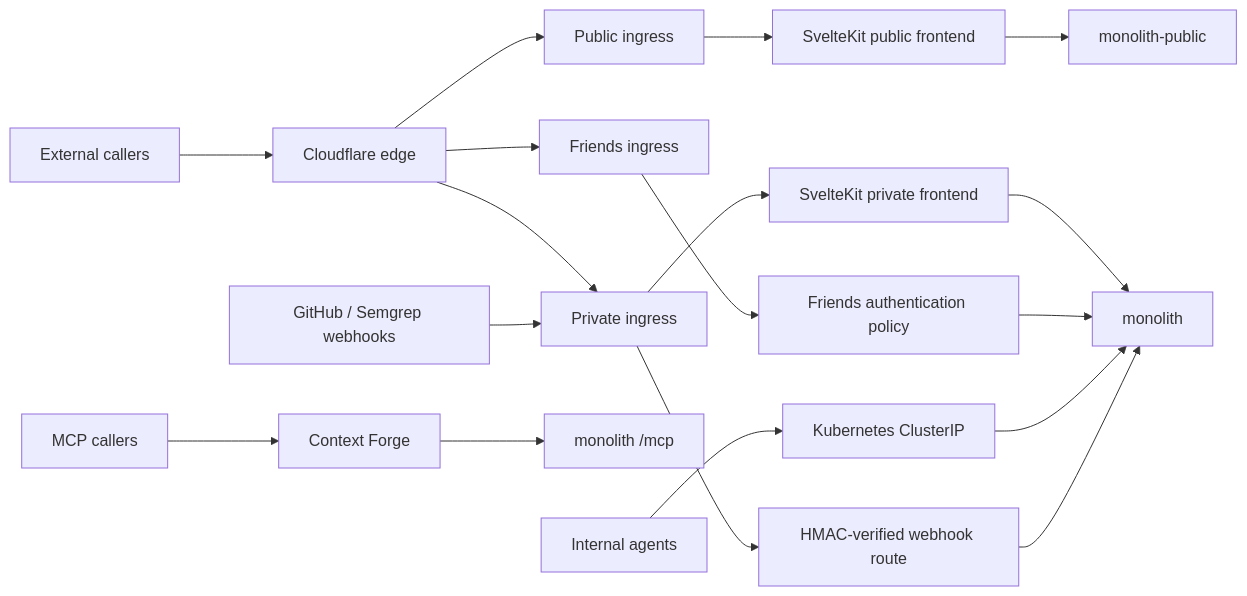
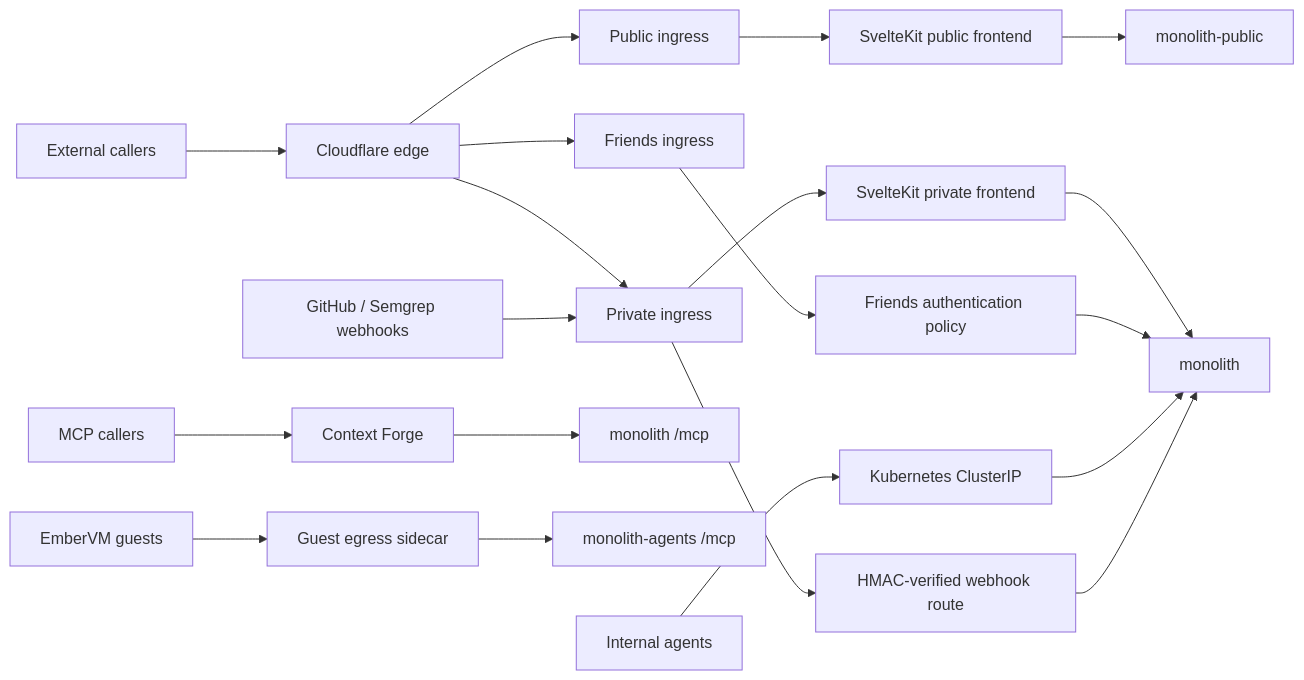
Before and after one commit to jomcgi-org/homelab: the diagram in projects/monolith/ARCHITECTURE.md, drawn with Mermaid. The commit also changed other lines of this file and 79 other files, not shown here.

First line of the commit message:
docs(monolith): roll ADRs up into ARCHITECTURE.md

````diff
--- a/projects/monolith/ARCHITECTURE.md
+++ b/projects/monolith/ARCHITECTURE.md
@@ -36,20 +39,22 @@
 ```mermaid
 flowchart LR
     External[External callers] --> Edge[Cloudflare edge]
     Edge --> PublicIngress[Public ingress]
     Edge --> PrivateIngress[Private ingress]
     Edge --> FriendsIngress[Friends ingress]
     PublicIngress --> PublicWeb[SvelteKit public frontend]
     PublicWeb --> PublicApi[monolith-public]
     PrivateIngress --> PrivateWeb[SvelteKit private frontend]
     PrivateWeb --> PrivateApi[monolith]
     FriendsIngress --> FriendsPolicy[Friends authentication policy]
     FriendsPolicy --> PrivateApi
     MCP[MCP callers] --> ContextForge[Context Forge]
     ContextForge --> MCPMount[monolith /mcp]
+    Guests[EmberVM guests] --> Sidecar[Guest egress sidecar]
+    Sidecar --> AgentsApi[monolith-agents /mcp]
     Internal[Internal agents] --> ClusterIP[Kubernetes ClusterIP]
     ClusterIP --> PrivateApi
     Webhooks[GitHub / Semgrep webhooks] --> PrivateIngress
     PrivateIngress --> WebhookRoute[HMAC-verified webhook route]
     WebhookRoute --> PrivateApi
 ```
````
